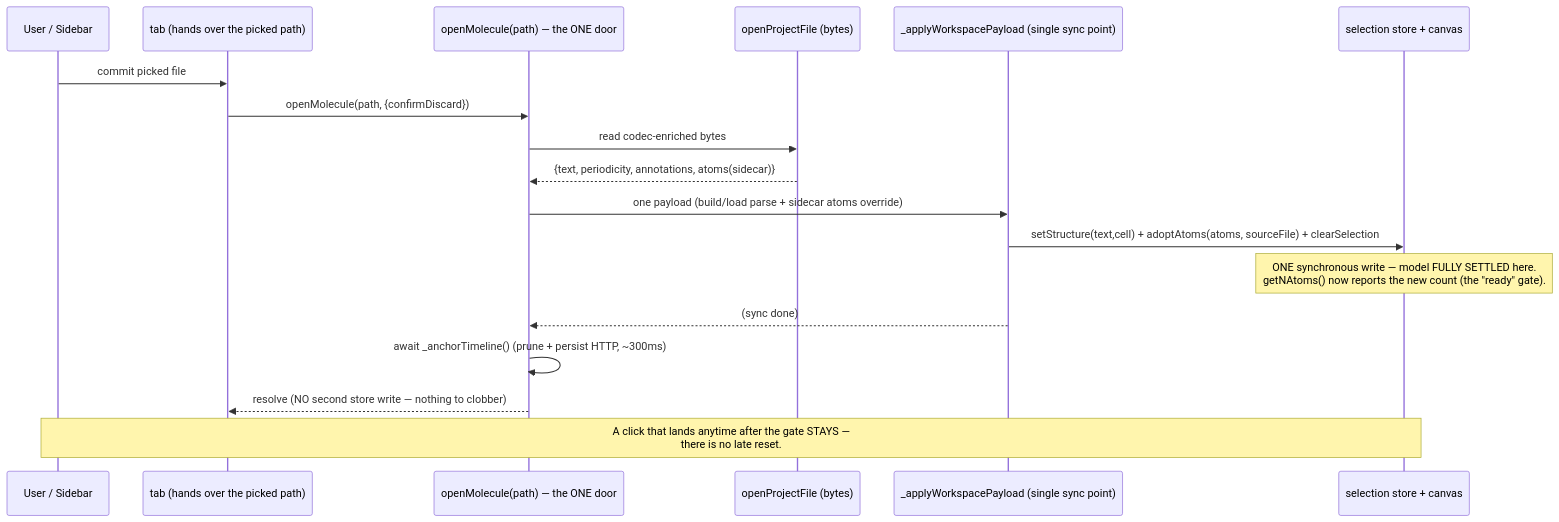
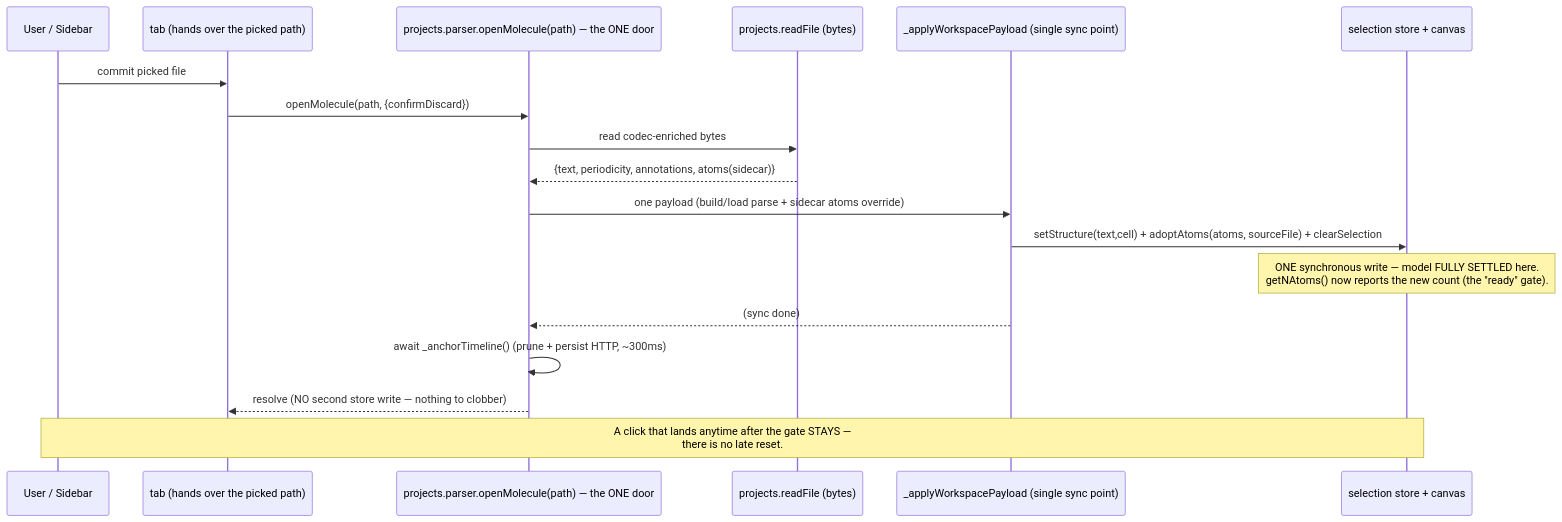
One commit to Qing-LAB/molbuilder changed the ninth of 10 diagrams in docs/protocols/molview-module.md. Above: the diagram before and after it, drawn with Mermaid. The commit also changed other lines of this file, not shown here.

First line of the commit message:
docs(molview): fix persistence doc drift -- doors are projects.parser, not molview.data

````diff
--- a/docs/protocols/molview-module.md
+++ b/docs/protocols/molview-module.md
@@ -1254,21 +1261,21 @@
 ```mermaid
 sequenceDiagram
     participant U as User / Sidebar
     participant SB as tab (hands over the picked path)
-    participant OM as openMolecule(path) — the ONE door
-    participant OPF as openProjectFile (bytes)
+    participant OM as projects.parser.openMolecule(path) — the ONE door
+    participant OPF as projects.readFile (bytes)
     participant AP as _applyWorkspacePayload (single sync point)
     participant ST as selection store + canvas
 
     U->>SB: commit picked file
     SB->>OM: openMolecule(path, {confirmDiscard})
     OM->>OPF: read codec-enriched bytes
     OPF-->>OM: {text, periodicity, annotations, atoms(sidecar)}
     OM->>AP: one payload (build/load parse + sidecar atoms override)
     AP->>ST: setStructure(text,cell) + adoptAtoms(atoms, sourceFile) + clearSelection
     Note over ST: ONE synchronous write — model FULLY SETTLED here.<br/>getNAtoms() now reports the new count (the "ready" gate).
     AP-->>OM: (sync done)
     OM->>OM: await _anchorTimeline()  (prune + persist HTTP, ~300ms)
     OM-->>SB: resolve  (NO second store write — nothing to clobber)
     Note over U,ST: A click that lands anytime after the gate STAYS —<br/>there is no late reset.
 ```
````
